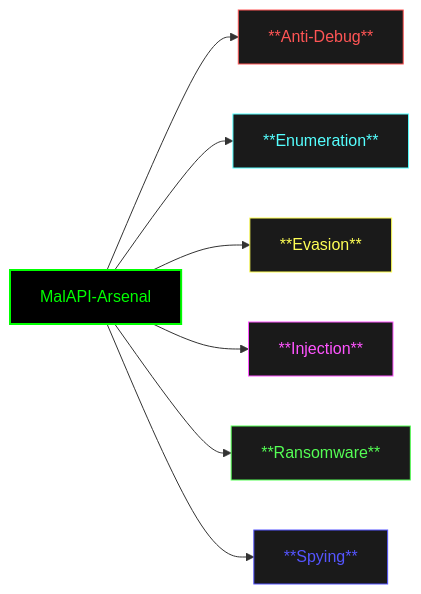
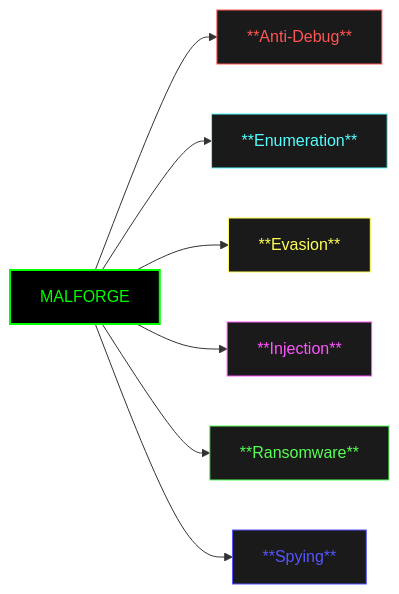
One commit to CyberForgeEx-Labs/MALFORGE changed the diagram in README.md. Above: the diagram before and after it, drawn with Mermaid.

Commit message:
doc: fixed project name mismatch in mermaid

````diff
--- a/README.md
+++ b/README.md
@@ -13,24 +13,24 @@
 ```mermaid
 flowchart LR
-    A[MalAPI-Arsenal] --> B["**Anti-Debug**"]
+    A[MALFORGE] --> B["**Anti-Debug**"]
     A --> C["**Enumeration**"]
     A --> D["**Evasion**"]
     A --> E["**Injection**"]
     A --> F["**Ransomware**"]
     A --> G["**Spying**"]
     
     click B "https://github.com/CyberForgeEx/MALFORGE/tree/main/Anti-Debugging" "View Anti-Debugging Techniques"
     click C "https://github.com/CyberForgeEx/MALFORGE/tree/main/Enumeration" "View Enumeration Methods"
     click D "https://github.com/CyberForgeEx/MalAPI-Arsenal/tree/main/Evasion" "View Evasion Techniques"
     click E "https://github.com/CyberForgeEx/MalAPI-Arsenal/tree/main/Injection" "View Injection Methods"
     click F "https://github.com/CyberForgeEx/MalAPI-Arsenal/tree/main/Ransomware" "View Ransomware Modules"
     click G "https://github.com/CyberForgeEx/MalAPI-Arsenal/tree/main/Spying" "View Spying Capabilities"
     
     style A fill:#000000,color:#00ff00,stroke:#00ff00,stroke-width:2px
     style B fill:#1a1a1a,color:#ff5555,stroke:#ff5555
     style C fill:#1a1a1a,color:#55ffff,stroke:#55ffff
     style D fill:#1a1a1a,color:#ffff55,stroke:#ffff55
     style E fill:#1a1a1a,color:#ff55ff,stroke:#ff55ff
     style F fill:#1a1a1a,color:#55ff55,stroke:#55ff55
     style G fill:#1a1a1a,color:#5555ff,stroke:#5555ff
 ```
````
